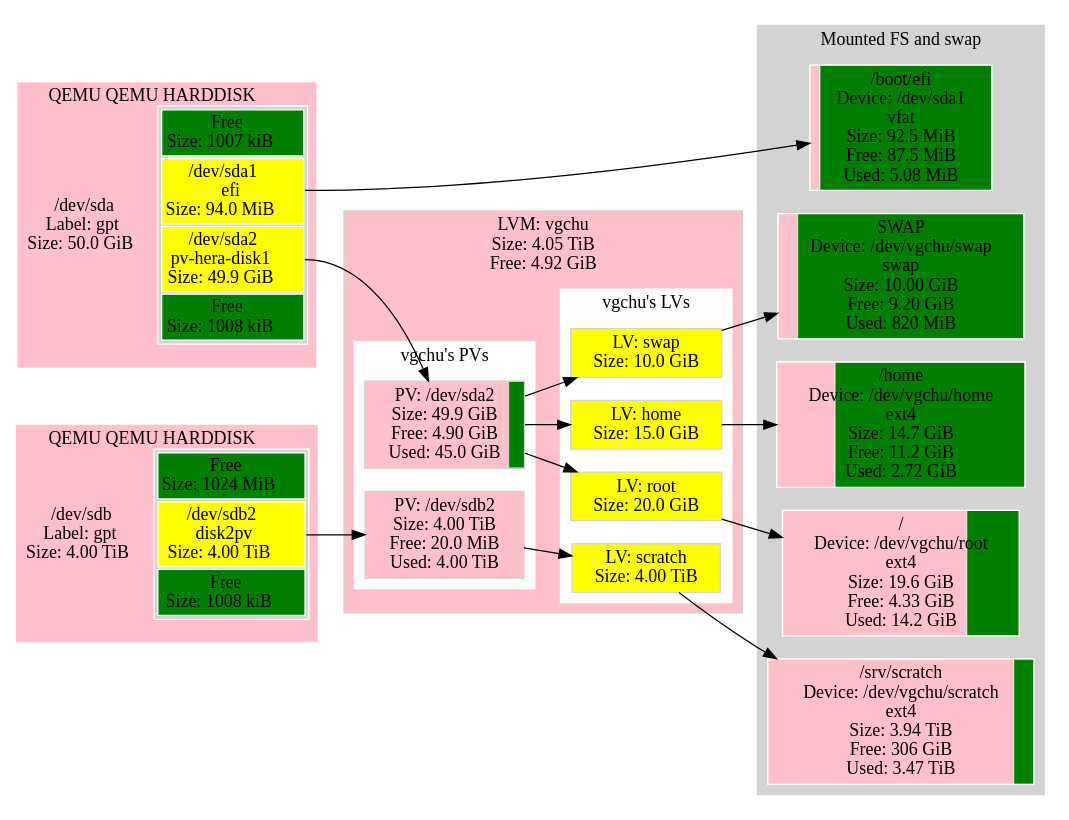
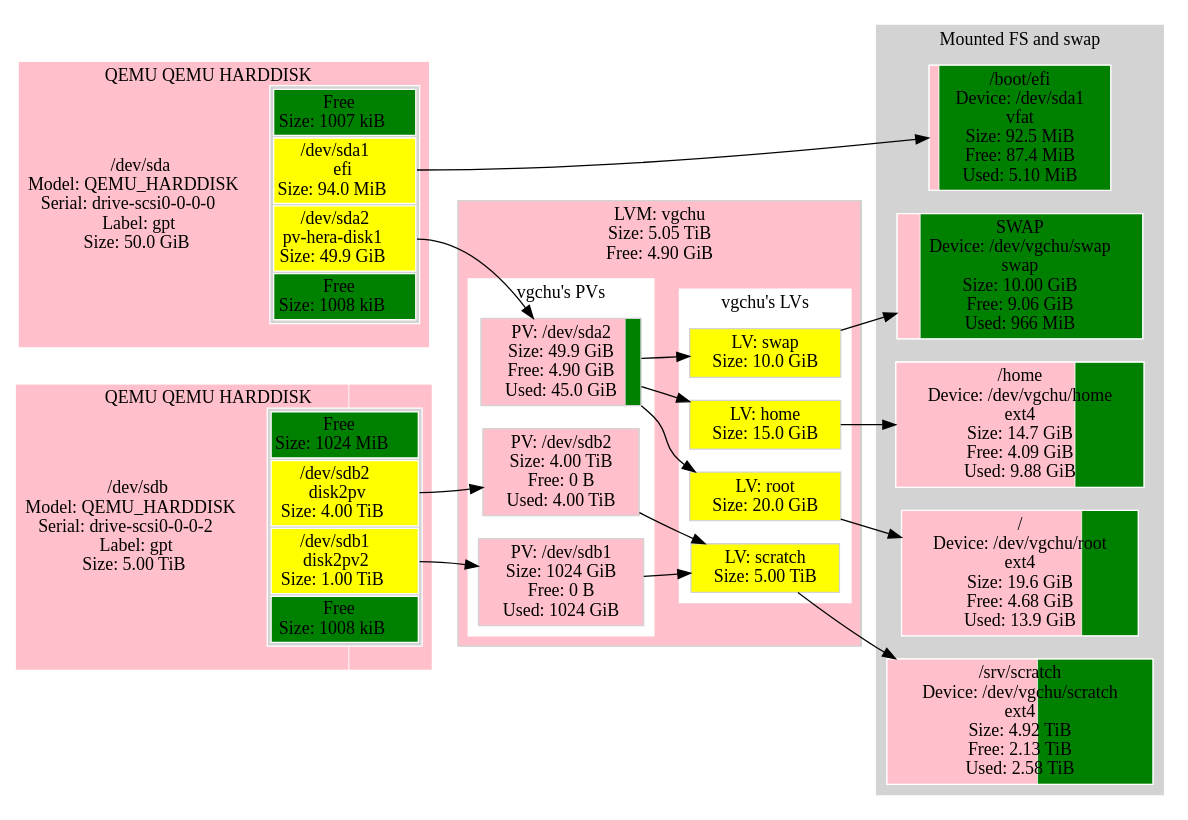
Before and after one commit to metacpan/metacpan-cpan-extracted: the diagram in distros/S/StorageDisplay/data/ge95142-vm1.ref.dot, drawn with Graphviz. The commit also changed 2801 other files, not shown here.

```diff
--- a/distros/S/StorageDisplay/data/ge95142-vm1.ref.dot
+++ b/distros/S/StorageDisplay/data/ge95142-vm1.ref.dot
@@ -1,163 +1,175 @@
 digraph "machine"{
 	rankdir=LR;
 	{ "@Part: sda" [
 		label=<<TABLE BORDER="0" CELLPADDING="0" CELLSPACING="0">
-				<TR> <TD COLSPAN="2">QEMU QEMU HARDDISK</TD> </TR><TR><TD >/dev/sda<BR/>Label: gpt<BR/>Size: 50.0 GiB</TD>    <TD BGCOLOR="lightgrey">
+				<TR> <TD COLSPAN="2">QEMU QEMU HARDDISK</TD> </TR><TR><TD >/dev/sda<BR/>Model: QEMU_HARDDISK<BR/>Serial: drive-scsi0-0-0-0<BR/>Label: gpt<BR/>Size: 50.0 GiB</TD>    <TD BGCOLOR="lightgrey">
 				<TABLE >
 					<TR>
 						<TD bgcolor="green">
 						Free<BR/>Size: 1007 kiB
 						</TD>
 					</TR>
 					<TR>
 						<TD PORT="1" BGCOLOR="yellow">
 						/dev/sda1<BR/>efi<BR/>Size: 94.0 MiB
 						</TD>
 					</TR>
 					<TR>
 						<TD PORT="2" BGCOLOR="yellow">
 						/dev/sda2<BR/>pv-hera-disk1<BR/>Size: 49.9 GiB
 						</TD>
 					</TR>
 					<TR>
 						<TD bgcolor="green">
 						Free<BR/>Size: 1008 kiB
 						</TD>
 					</TR>
 				</TABLE>
 				</TD> </TR><TR> <TD COLSPAN="2"> </TD> </TR>
 			</TABLE>
 		>;
 		// Style node
 		color=white;
 		fillcolor=lightgrey;
 		shape="rectangle";
 		style=striped;
 		fillcolor="green;0.000019:pink;0.001836:pink;0.998125:green;0.000019";
 	]; }
 	{ "@Part: sdb" [
 		label=<<TABLE BORDER="0" CELLPADDING="0" CELLSPACING="0">
-				<TR> <TD COLSPAN="2">QEMU QEMU HARDDISK</TD> </TR><TR><TD >/dev/sdb<BR/>Label: gpt<BR/>Size: 4.00 TiB</TD>    <TD BGCOLOR="lightgrey">
+				<TR> <TD COLSPAN="2">QEMU QEMU HARDDISK</TD> </TR><TR><TD >/dev/sdb<BR/>Model: QEMU_HARDDISK<BR/>Serial: drive-scsi0-0-0-2<BR/>Label: gpt<BR/>Size: 5.00 TiB</TD>    <TD BGCOLOR="lightgrey">
 				<TABLE >
 					<TR>
 						<TD bgcolor="green">
 						Free<BR/>Size: 1024 MiB
 						</TD>
 					</TR>
 					<TR>
 						<TD PORT="2" BGCOLOR="yellow">
 						/dev/sdb2<BR/>disk2pv<BR/>Size: 4.00 TiB
+						</TD>
+					</TR>
+					<TR>
+						<TD PORT="1" BGCOLOR="yellow">
+						/dev/sdb1<BR/>disk2pv2<BR/>Size: 1.00 TiB
 						</TD>
 					</TR>
 					<TR>
 						<TD bgcolor="green">
 						Free<BR/>Size: 1008 kiB
 						</TD>
 					</TR>
 				</TABLE>
 				</TD> </TR><TR> <TD COLSPAN="2"> </TD> </TR>
 			</TABLE>
 		>;
 		// Style node
 		color=white;
 		fillcolor=lightgrey;
 		shape="rectangle";
 		style=striped;
-		fillcolor="green;0.000244:pink;0.999756:green;0.000000";
+		fillcolor="green;0.000195:pink;0.799804:pink;0.200000:green;0.000000";
 	]; }
 	subgraph "cluster_vgchu" {
 		style=filled;
 		color=lightgrey;
 		fillcolor=lightgrey;
 		node [style=filled,color=lightgrey,fillcolor=lightgrey,shape=rectangle];
 		subgraph "cluster_vgchu@PV" {
 			color=white;
 			fillcolor=white;
 			{ "LVM@vgchu@PV@sda2" [
 				label="PV: /dev/sda2\nSize: 49.9 GiB\nFree: 4.90 GiB\nUsed: 45.0 GiB";
 				style=striped;fillcolor="pink;0.901761.2:green"
 			]; }
+			{ "LVM@vgchu@PV@sdb1" [
+				label="PV: /dev/sdb1\nSize: 1024 GiB\nFree: 0 B\nUsed: 1024 GiB";
+				style=striped;fillcolor="pink;1.000000.2:green"
+			]; }
 			{ "LVM@vgchu@PV@sdb2" [
-				label="PV: /dev/sdb2\nSize: 4.00 TiB\nFree: 20.0 MiB\nUsed: 4.00 TiB";
-				style=striped;fillcolor="pink;0.999995.2:green"
+				label="PV: /dev/sdb2\nSize: 4.00 TiB\nFree: 0 B\nUsed: 4.00 TiB";
+				style=striped;fillcolor="pink;1.000000.2:green"
 			]; }
 			label="vgchu's PVs";
 		}
 		subgraph "cluster_vgchu@LV" {
 			color=white;
 			fillcolor=white;
 			{ "dm-2" [
 				label="LV: home\nSize: 15.0 GiB";
 				fillcolor="yellow"
 			]; }
 			{ "dm-0" [
 				label="LV: root\nSize: 20.0 GiB";
 				fillcolor="yellow"
 			]; }
 			{ "dm-3" [
-				label="LV: scratch\nSize: 4.00 TiB";
+				label="LV: scratch\nSize: 5.00 TiB";
 				fillcolor="yellow"
 			]; }
 			{ "dm-1" [
 				label="LV: swap\nSize: 10.0 GiB";
 				fillcolor="yellow"
 			]; }
 			label="vgchu's LVs";
 		}
-		label="LVM: vgchu\nSize: 4.05 TiB\nFree: 4.92 GiB";
-		style=striped;fillcolor="pink;0.998813.2:green"
+		label="LVM: vgchu\nSize: 5.05 TiB\nFree: 4.90 GiB";
+		style=striped;fillcolor="pink;0.999052.2:green"
 	}
 	subgraph "cluster_@FS" {
 		style=filled;
 		color=lightgrey;
 		fillcolor=lightgrey;
 		node [style=filled,color=white,fillcolor=lightgrey,shape=rectangle];
 		{ "@FS@SWAP" [
-			label="SWAP\nDevice: /dev/vgchu/swap\nswap\nSize: 10.00 GiB\nFree: 9.20 GiB\nUsed: 820 MiB";
-			style=striped;fillcolor="pink;0.080078.2:green"
+			label="SWAP\nDevice: /dev/vgchu/swap\nswap\nSize: 10.00 GiB\nFree: 9.06 GiB\nUsed: 966 MiB";
+			style=striped;fillcolor="pink;0.094370.2:green"
 		]; }
 		{ "@FS@/home" [
-			label="/home\nDevice: /dev/vgchu/home\next4\nSize: 14.7 GiB\nFree: 11.2 GiB\nUsed: 2.72 GiB";
-			style=striped;fillcolor="pink;0.235174.2:green"
+			label="/home\nDevice: /dev/vgchu/home\next4\nSize: 14.7 GiB\nFree: 4.09 GiB\nUsed: 9.88 GiB";
+			style=striped;fillcolor="pink;0.722092.2:green"
 		]; }
 		{ "@FS@/" [
-			label="/\nDevice: /dev/vgchu/root\next4\nSize: 19.6 GiB\nFree: 4.33 GiB\nUsed: 14.2 GiB";
-			style=striped;fillcolor="pink;0.778672.2:green"
+			label="/\nDevice: /dev/vgchu/root\next4\nSize: 19.6 GiB\nFree: 4.68 GiB\nUsed: 13.9 GiB";
+			style=striped;fillcolor="pink;0.760903.2:green"
 		]; }
 		{ "@FS@/srv/scratch" [
-			label="/srv/scratch\nDevice: /dev/vgchu/scratch\next4\nSize: 3.94 TiB\nFree: 306 GiB\nUsed: 3.47 TiB";
-			style=striped;fillcolor="pink;0.924037.2:green"
+			label="/srv/scratch\nDevice: /dev/vgchu/scratch\next4\nSize: 4.92 TiB\nFree: 2.13 TiB\nUsed: 2.58 TiB";
+			style=striped;fillcolor="pink;0.566269.2:green"
 		]; }
 		{ "@FS@/boot/efi" [
-			label="/boot/efi\nDevice: /dev/sda1\nvfat\nSize: 92.5 MiB\nFree: 87.5 MiB\nUsed: 5.08 MiB";
-			style=striped;fillcolor="pink;0.054908.2:green"
+			label="/boot/efi\nDevice: /dev/sda1\nvfat\nSize: 92.5 MiB\nFree: 87.4 MiB\nUsed: 5.10 MiB";
+			style=striped;fillcolor="pink;0.055077.2:green"
 		]; }
 		label="Mounted FS and swap";
 	}
 	subgraph "cluster_@libvirt" {
 		style=filled;
 		color=lightgrey;
 		fillcolor=lightgrey;
 		node [style=filled,color=white,fillcolor=lightgrey,shape=rectangle];
 		label="Libvirt Virtual Machines";
 	}
 	// Links from LVM VG: vgchu
 	"LVM@vgchu@PV@sda2" -> "dm-2"
 	"LVM@vgchu@PV@sda2" -> "dm-0"
 	"LVM@vgchu@PV@sdb2" -> "dm-3"
+	"LVM@vgchu@PV@sdb1" -> "dm-3"
 	"LVM@vgchu@PV@sda2" -> "dm-1"
 	// Links for LVM@vgchu@PV@sda2
 	"@Part: sda":"2" -> "LVM@vgchu@PV@sda2"
+	// Links for LVM@vgchu@PV@sdb1
+	"@Part: sdb":"1" -> "LVM@vgchu@PV@sdb1"
 	// Links for LVM@vgchu@PV@sdb2
 	"@Part: sdb":"2" -> "LVM@vgchu@PV@sdb2"
 	// Links for @FS@SWAP
 	"dm-1" -> "@FS@SWAP"
 	// Links for @FS@/home
 	"dm-2" -> "@FS@/home"
 	// Links for @FS@/
 	"dm-0" -> "@FS@/"
 	// Links for @FS@/srv/scratch
 	"dm-3" -> "@FS@/srv/scratch"
 	// Links for @FS@/boot/efi
 	"@Part: sda":"1" -> "@FS@/boot/efi"
 }
```
